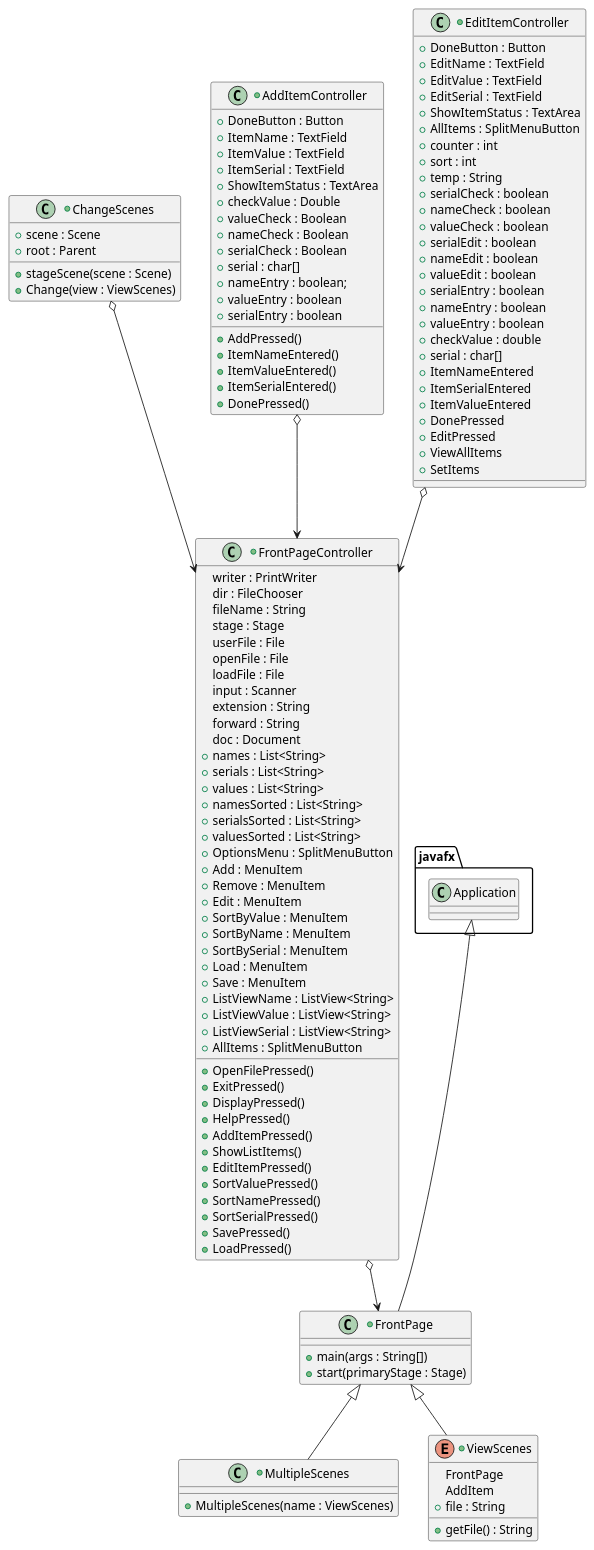
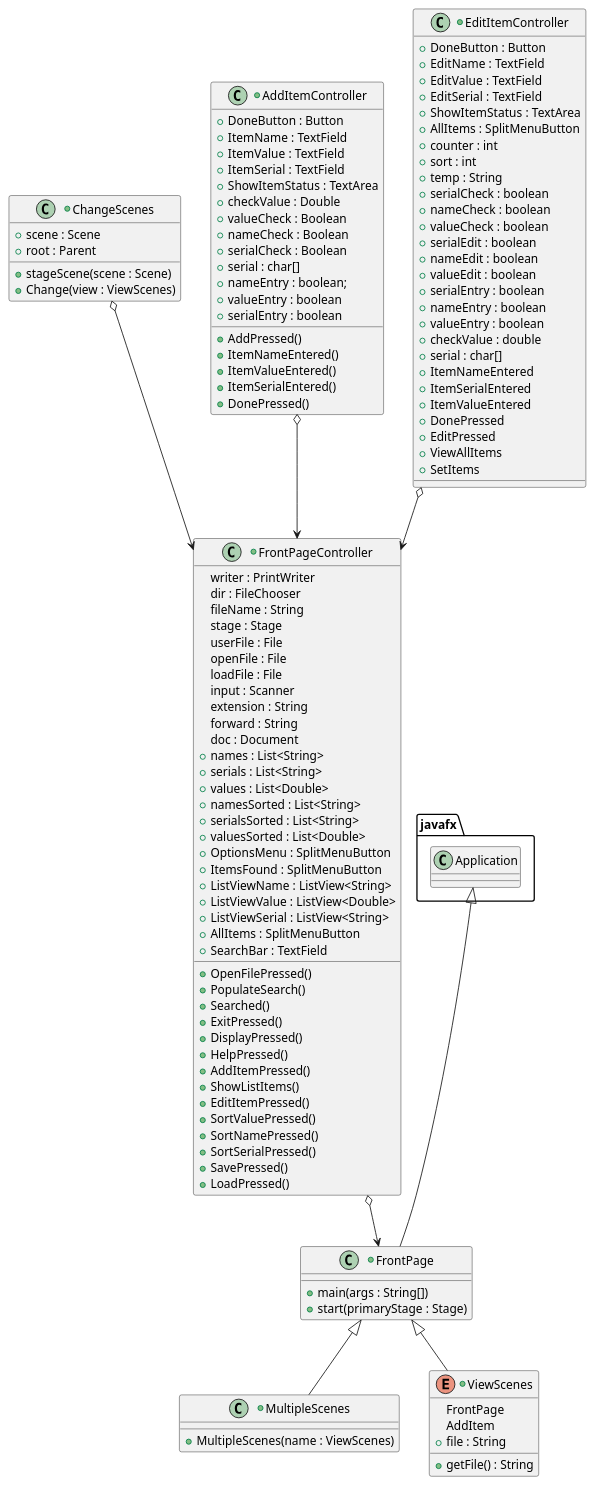
The diagram in UMLFiles/ProjectUML.puml (Elizene9/Database-Application), drawn with PlantUML before and after one commit. The commit also changed 10 other files, not shown here.

```diff
--- a/UMLFiles/ProjectUML.puml
+++ b/UMLFiles/ProjectUML.puml
@@ -1,136 +1,132 @@
 @startuml
 'https://plantuml.com/class-diagram
 
 +class FrontPage {
     +main(args : String[])
     +start(primaryStage : Stage)
 
 }
 
 +class FrontPageController {
 
     writer : PrintWriter
     dir : FileChooser
     fileName : String
     stage : Stage
     userFile : File
     openFile : File
     loadFile : File
     input : Scanner
     extension : String
     forward : String
     doc : Document
     +names : List<String>
     +serials : List<String>
-    +values : List<String>
+    +values : List<Double>
     +namesSorted : List<String>
     +serialsSorted : List<String>
-    +valuesSorted : List<String>
+    +valuesSorted : List<Double>
     +OptionsMenu : SplitMenuButton
+    +ItemsFound : SplitMenuButton
     +OpenFilePressed()
-    +Add : MenuItem
-    +Remove : MenuItem
-    +Edit : MenuItem
-    +SortByValue : MenuItem
-    +SortByName : MenuItem
-    +SortBySerial : MenuItem
-    +Load : MenuItem
-    +Save : MenuItem
+    +PopulateSearch()
+    +Searched()
     +ListViewName : ListView<String>
-    +ListViewValue : ListView<String>
+    +ListViewValue : ListView<Double>
     +ListViewSerial : ListView<String>
     +AllItems : SplitMenuButton
+    +SearchBar : TextField
     +ExitPressed()
     +DisplayPressed()
     +HelpPressed()
     +AddItemPressed()
     +ShowListItems()
     +EditItemPressed()
     +SortValuePressed()
     +SortNamePressed()
     +SortSerialPressed()
     +SavePressed()
     +LoadPressed()
 }
 
 +class MultipleScenes {
      +MultipleScenes(name : ViewScenes)
 }
 
 +enum ViewScenes{
     FrontPage
     AddItem
     +file : String
     +getFile() : String
 }
 
 +class ChangeScenes {
     +scene : Scene
     +root : Parent
     +stageScene(scene : Scene)
     +Change(view : ViewScenes)
 }
 
 +class AddItemController {
 
     +DoneButton : Button
     +ItemName : TextField
     +ItemValue : TextField
     +ItemSerial : TextField
     +ShowItemStatus : TextArea
     +checkValue : Double
     +valueCheck : Boolean
     +nameCheck : Boolean
     +serialCheck : Boolean
     +serial : char[]
     +AddPressed()
     +ItemNameEntered()
     +ItemValueEntered()
     +ItemSerialEntered()
     +DonePressed()
     +nameEntry : boolean;
     +valueEntry : boolean
     +serialEntry : boolean
 }
 
 +class EditItemController {
 
     +DoneButton : Button
     +EditName : TextField
     +EditValue : TextField
     +EditSerial : TextField
     +ShowItemStatus : TextArea
     +AllItems : SplitMenuButton
     +counter : int
     +sort : int
     +temp : String
     +serialCheck : boolean
     +nameCheck : boolean
     +valueCheck : boolean
     +serialEdit : boolean
     +nameEdit : boolean
     +valueEdit : boolean
     +serialEntry : boolean
     +nameEntry : boolean
     +valueEntry : boolean
     +checkValue : double
     +serial : char[]
     +ItemNameEntered
     +ItemSerialEntered
     +ItemValueEntered
     +DonePressed
     +EditPressed
     +ViewAllItems
     +SetItems
 }
 javafx.Application <|-- FrontPage
 FrontPageController o--> FrontPage
 EditItemController o--> FrontPageController
 AddItemController o--> FrontPageController
 FrontPage <|-- MultipleScenes
 ChangeScenes o--> FrontPageController
 FrontPage <|-- ViewScenes
 
 
 
 @enduml
```
